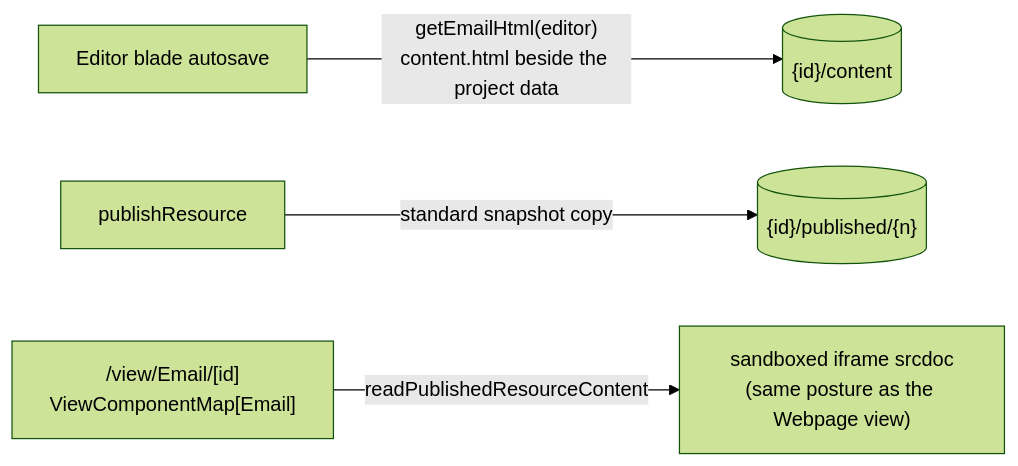
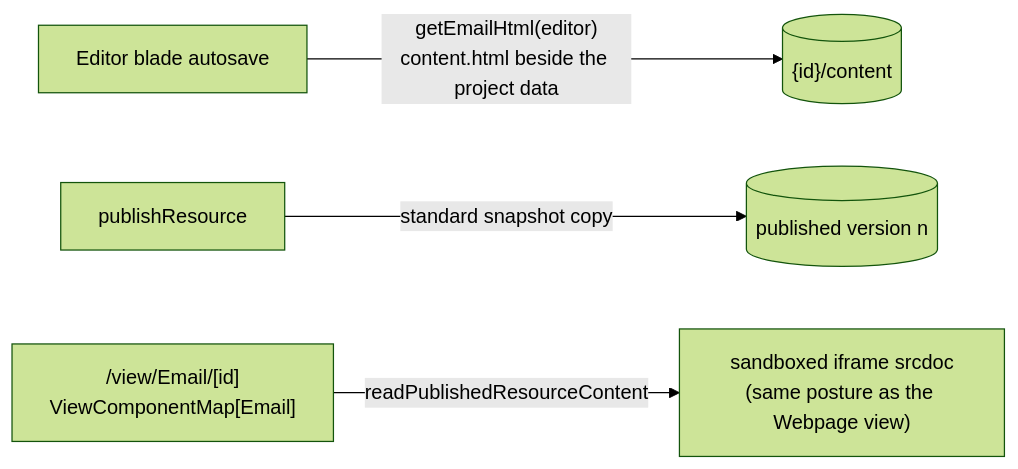
Before and after one commit to Esposter/Esposter: the diagram in apps/web/content/docs/resource/email-web-view.md, drawn with Mermaid (forest theme). The commit also changed 73 other files, not shown here.

````diff
--- a/apps/web/content/docs/resource/email-web-view.md
+++ b/apps/web/content/docs/resource/email-web-view.md
@@ -16,6 +16,6 @@
 ```mermaid
 flowchart LR
   SAVE["Editor blade autosave"] -->|"getEmailHtml(editor)<br/>content.html beside the project data"| BLOB[("{id}/content")]
-  PUB["publishResource"] -->|standard snapshot copy| SNAP[("{id}/published/{n}")]
+  PUB["publishResource"] -->|standard snapshot copy| SNAP[("published version n")]
   VIEW["/view/Email/[id]<br/>ViewComponentMap[Email]"] -->|readPublishedResourceContent| RENDER["sandboxed iframe srcdoc<br/>(same posture as the Webpage view)"]
 ```
````
